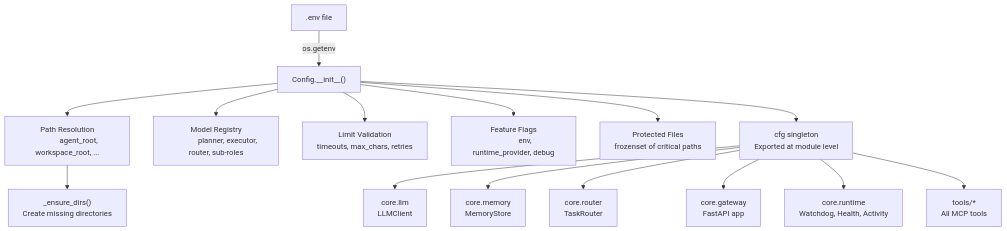
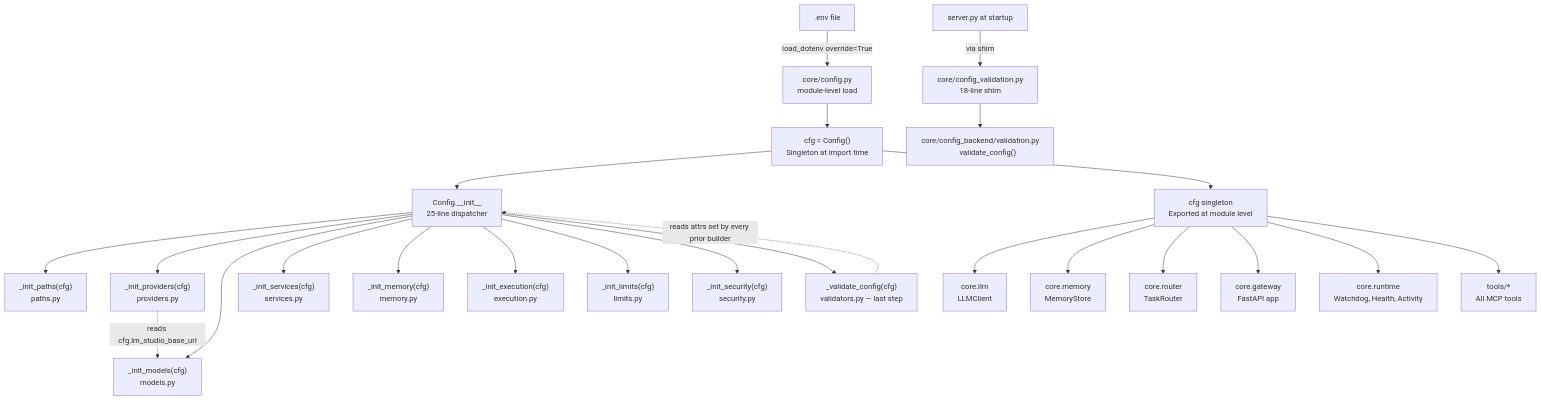
One commit to brunogcar/agent changed the diagram in docs/core/config/ARCHITECTURE.md. Above: the diagram before and after it, drawn with Mermaid. The commit also changed other lines of this file and 20 other files, not shown here.

````diff
--- a/docs/core/config/ARCHITECTURE.md
+++ b/docs/core/config/ARCHITECTURE.md
@@ -44,30 +82,51 @@
 ```mermaid
 graph TD
-    A[".env file"] -->|os.getenv| B["Config.__init__()"]
-    B --> C["Path Resolution
-             agent_root, workspace_root, ..."]
-    B --> D["Model Registry
-             planner, executor, router, sub-roles"]
-    B --> E["Limit Validation
-             timeouts, max_chars, retries"]
-    B --> F["Feature Flags
-             env, runtime_provider, debug"]
-    B --> G["Protected Files
-             frozenset of critical paths"]
-    C --> H["_ensure_dirs()
-             Create missing directories"]
-    B --> I["cfg singleton
-             Exported at module level"]
-    I --> J["core.llm
-             LLMClient"]
-    I --> K["core.memory
-             MemoryStore"]
-    I --> L["core.router
-             TaskRouter"]
-    I --> M["core.gateway
-             FastAPI app"]
-    I --> N["core.runtime
-             Watchdog, Health, Activity"]
-    I --> O["tools/*
-             All MCP tools"]
+    A[".env file"] -->|load_dotenv override=True| B["core/config.py
+        module-level load"]
+    B --> C["cfg = Config()
+        Singleton at import time"]
+    C --> D["Config.__init__
+        25-line dispatcher"]
+
+    D --> P["_init_paths(cfg)
+        paths.py"]
+    D --> PR["_init_providers(cfg)
+        providers.py"]
+    D --> M["_init_models(cfg)
+        models.py"]
+    D --> S["_init_services(cfg)
+        services.py"]
+    D --> ME["_init_memory(cfg)
+        memory.py"]
+    D --> EX["_init_execution(cfg)
+        execution.py"]
+    D --> L["_init_limits(cfg)
+        limits.py"]
+    D --> SE["_init_security(cfg)
+        security.py"]
+    D --> V["_validate_config(cfg)
+        validators.py — last step"]
+
+    PR -.->|reads cfg.lm_studio_base_url| M
+    V -.->|reads attrs set by every prior builder| D
+
+    C --> Z["cfg singleton
+        Exported at module level"]
+    Z --> Z1["core.llm
+        LLMClient"]
+    Z --> Z2["core.memory
+        MemoryStore"]
+    Z --> Z3["core.router
+        TaskRouter"]
+    Z --> Z4["core.gateway
+        FastAPI app"]
+    Z --> Z5["core.runtime
+        Watchdog, Health, Activity"]
+    Z --> Z6["tools/*
+        All MCP tools"]
+
+    SV["server.py at startup"] -->|via shim| SHIM["core/config_validation.py
+        18-line shim"]
+    SHIM --> VAL["core/config_backend/validation.py
+        validate_config()"]
 ```
````
